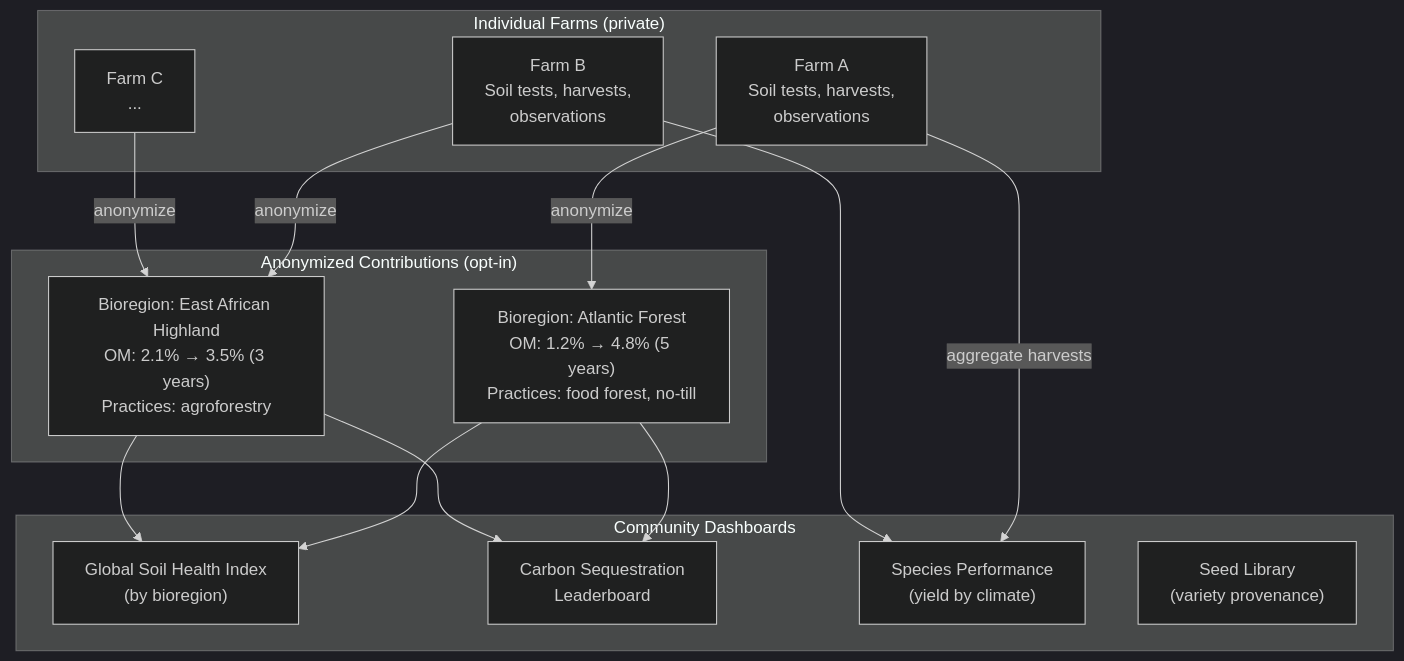
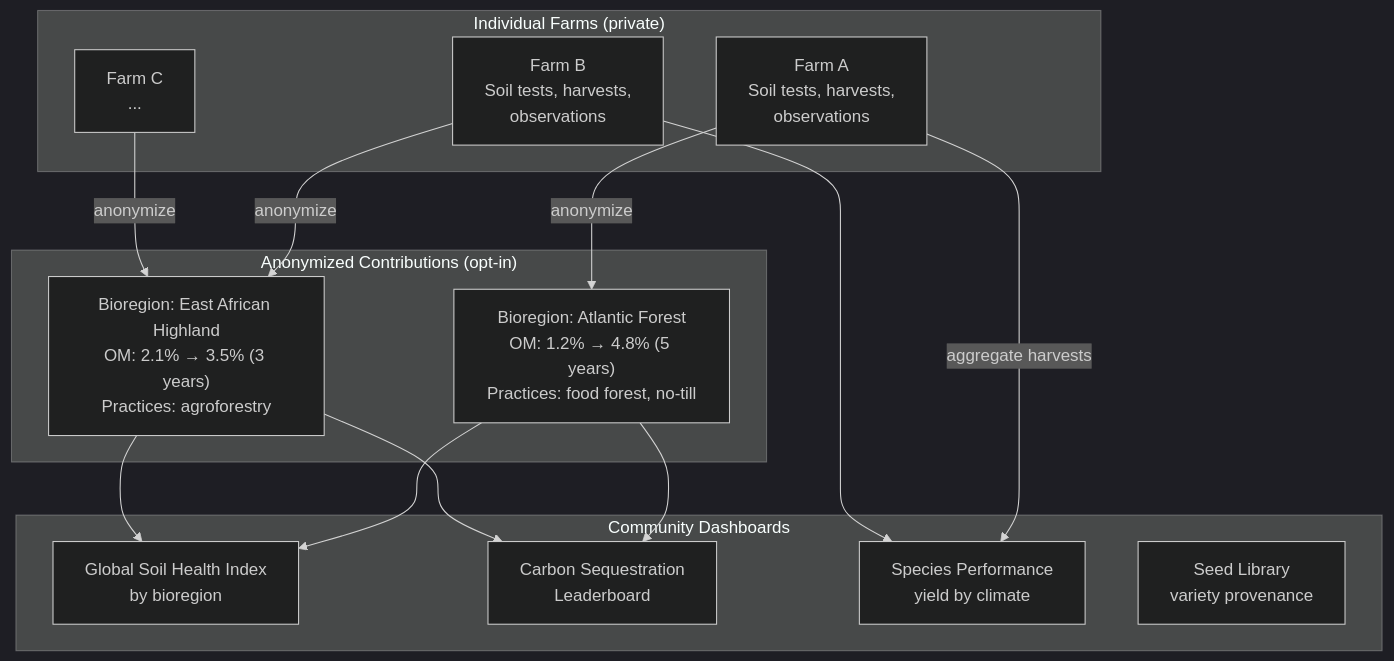
Before and after one commit to crs48/xNet: the diagram in docs/planStep04GlobalFarmingERP/12-community-scale.md, drawn with Mermaid (dark theme). The commit also changed 21 other files, not shown here.

First line of the commit message:
Fix Mermaid parse errors: remove parentheses in flowchart node labels after <br/> tags

````diff
--- a/docs/planStep04GlobalFarmingERP/12-community-scale.md
+++ b/docs/planStep04GlobalFarmingERP/12-community-scale.md
@@ -11,30 +11,30 @@
 ```mermaid
 flowchart TD
     subgraph "Individual Farms (private)"
         F1["Farm A<br/>Soil tests, harvests,<br/>observations"]
         F2["Farm B<br/>Soil tests, harvests,<br/>observations"]
         F3["Farm C<br/>..."]
     end
 
     subgraph "Anonymized Contributions (opt-in)"
         A1["Bioregion: Atlantic Forest<br/>OM: 1.2% → 4.8% (5 years)<br/>Practices: food forest, no-till"]
         A2["Bioregion: East African Highland<br/>OM: 2.1% → 3.5% (3 years)<br/>Practices: agroforestry"]
     end
 
     subgraph "Community Dashboards"
-        SOIL_INDEX["Global Soil Health Index<br/>(by bioregion)"]
+        SOIL_INDEX["Global Soil Health Index<br/>by bioregion"]
         CARBON["Carbon Sequestration<br/>Leaderboard"]
-        SPECIES_PERF["Species Performance<br/>(yield by climate)"]
-        SEED["Seed Library<br/>(variety provenance)"]
+        SPECIES_PERF["Species Performance<br/>yield by climate"]
+        SEED["Seed Library<br/>variety provenance"]
     end
 
     F1 -->|"anonymize"| A1
     F2 -->|"anonymize"| A2
     F3 -->|"anonymize"| A2
     A1 --> SOIL_INDEX
     A2 --> SOIL_INDEX
     A1 --> CARBON
     A2 --> CARBON
     F1 -->|"aggregate harvests"| SPECIES_PERF
     F2 --> SPECIES_PERF
 ```
````
